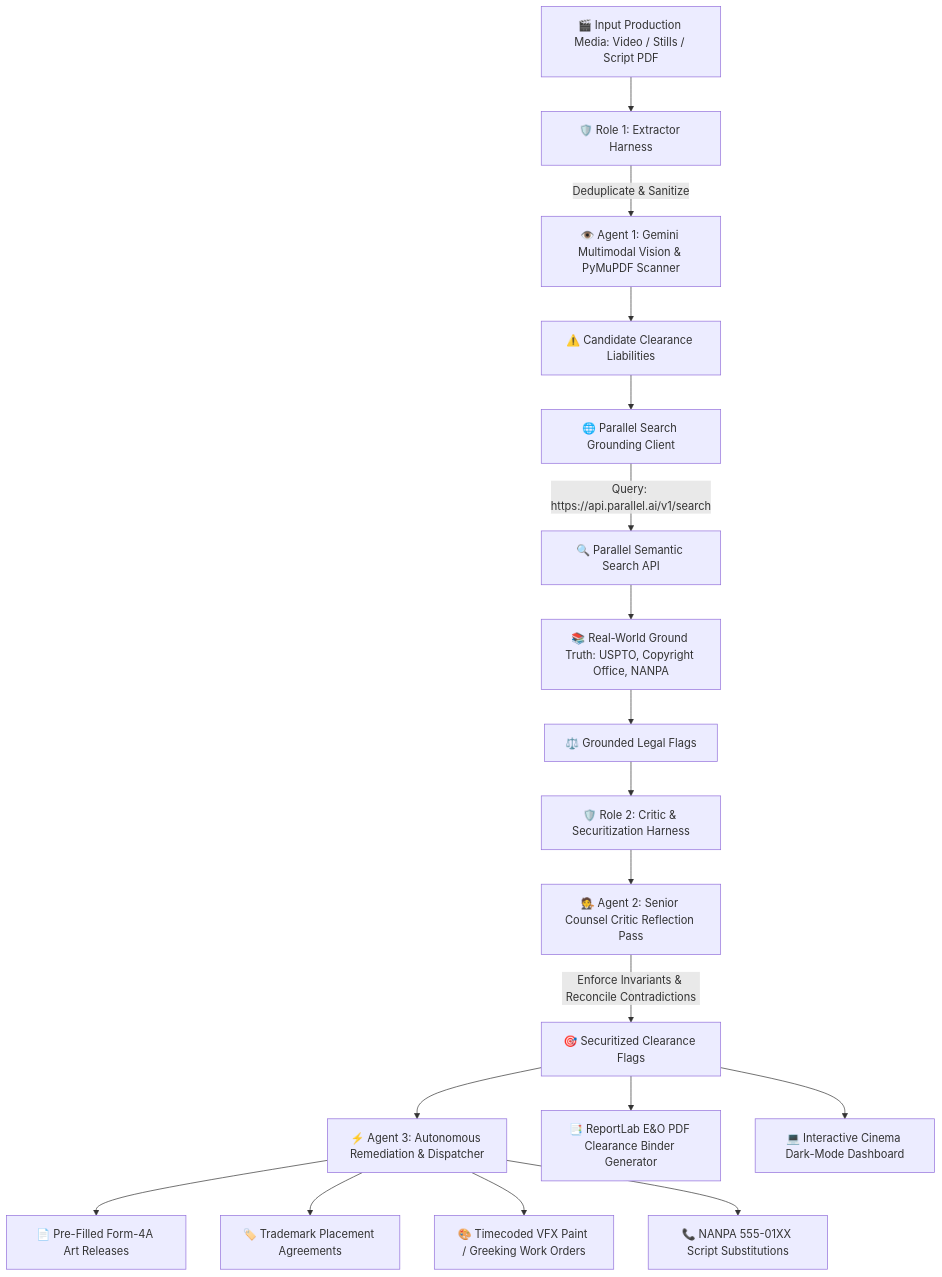
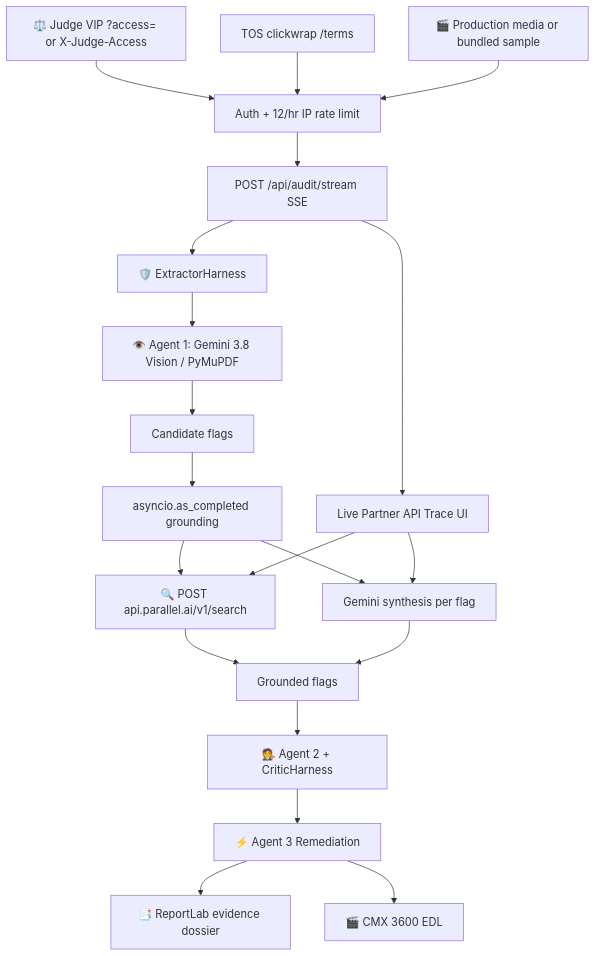
The diagram in APP_MAP.md (adamm285-dev/CineClear-AI), drawn with Mermaid before and after one commit. The commit also changed other lines of this file and 3 other files, not shown here.

Commit message:
docs: align STATE, APP_MAP, SPINE, and wiring with live architecture

````diff
--- a/APP_MAP.md
+++ b/APP_MAP.md
@@ -9,26 +11,22 @@
 ```mermaid
 graph TD
-    Media[🎬 Input Production Media: Video / Stills / Script PDF] --> ExtractorHarness[🛡️ Role 1: Extractor Harness]
-    
-    ExtractorHarness -->|Deduplicate & Sanitize| VisionAgent[👁️ Agent 1: Gemini Multimodal Vision & PyMuPDF Scanner]
-    VisionAgent --> CandidateFlags[⚠️ Candidate Clearance Liabilities]
-    
-    CandidateFlags --> ParallelClient[🌐 Parallel Search Grounding Client]
-    ParallelClient -->|Query: https://api.parallel.ai/v1/search| ParallelAPI[🔍 Parallel Semantic Search API]
-    ParallelAPI --> RealWorldData[📚 Real-World Ground Truth: USPTO, Copyright Office, NANPA]
-    RealWorldData --> GroundedFlags[⚖️ Grounded Legal Flags]
-    
-    GroundedFlags --> CriticHarness[🛡️ Role 2: Critic & Securitization Harness]
-    CriticHarness --> CriticAgent[🧑‍⚖️ Agent 2: Senior Counsel Critic Reflection Pass]
-    CriticAgent -->|Enforce Invariants & Reconcile Contradictions| SecuritizedFlags[🎯 Securitized Clearance Flags]
-    
-    SecuritizedFlags --> RemediationAgent[⚡ Agent 3: Autonomous Remediation & Dispatcher]
-    
-    RemediationAgent --> Form4A[📄 Pre-Filled Form-4A Art Releases]
-    RemediationAgent --> TMReleases[🏷️ Trademark Placement Agreements]
-    RemediationAgent --> VFXOrders[🎨 Timecoded VFX Paint / Greeking Work Orders]
-    RemediationAgent --> ScriptFixes[📞 NANPA 555-01XX Script Substitutions]
-    
-    SecuritizedFlags --> ReportGenerator[📑 ReportLab E&O PDF Clearance Binder Generator]
-    SecuritizedFlags --> StudioDashboard[💻 Interactive Cinema Dark-Mode Dashboard]
+    Judge[⚖️ Judge VIP ?access= or X-Judge-Access] --> Gate[Auth + 12/hr IP rate limit]
+    TOS[TOS clickwrap /terms] --> Gate
+    Media[🎬 Production media or bundled sample] --> Gate
+    Gate --> Stream[POST /api/audit/stream SSE]
+    Stream --> ExtractorHarness[🛡️ ExtractorHarness]
+    ExtractorHarness --> VisionAgent[👁️ Agent 1: Gemini 3.8 Vision / PyMuPDF]
+    VisionAgent --> Candidates[Candidate flags]
+    Candidates --> ParallelFanout[asyncio.as_completed grounding]
+    ParallelFanout --> ParallelAPI[🔍 POST api.parallel.ai/v1/search]
+    ParallelFanout --> GeminiSynth[Gemini synthesis per flag]
+    ParallelAPI --> Grounded[Grounded flags]
+    GeminiSynth --> Grounded
+    Grounded --> Critic[🧑‍⚖️ Agent 2 + CriticHarness]
+    Critic --> Agent3[⚡ Agent 3 Remediation]
+    Agent3 --> PDF[📑 ReportLab evidence dossier]
+    Agent3 --> EDL[🎬 CMX 3600 EDL]
+    Stream --> Trace[Live Partner API Trace UI]
+    Trace --> GeminiSynth
+    Trace --> ParallelAPI
 ```
````
